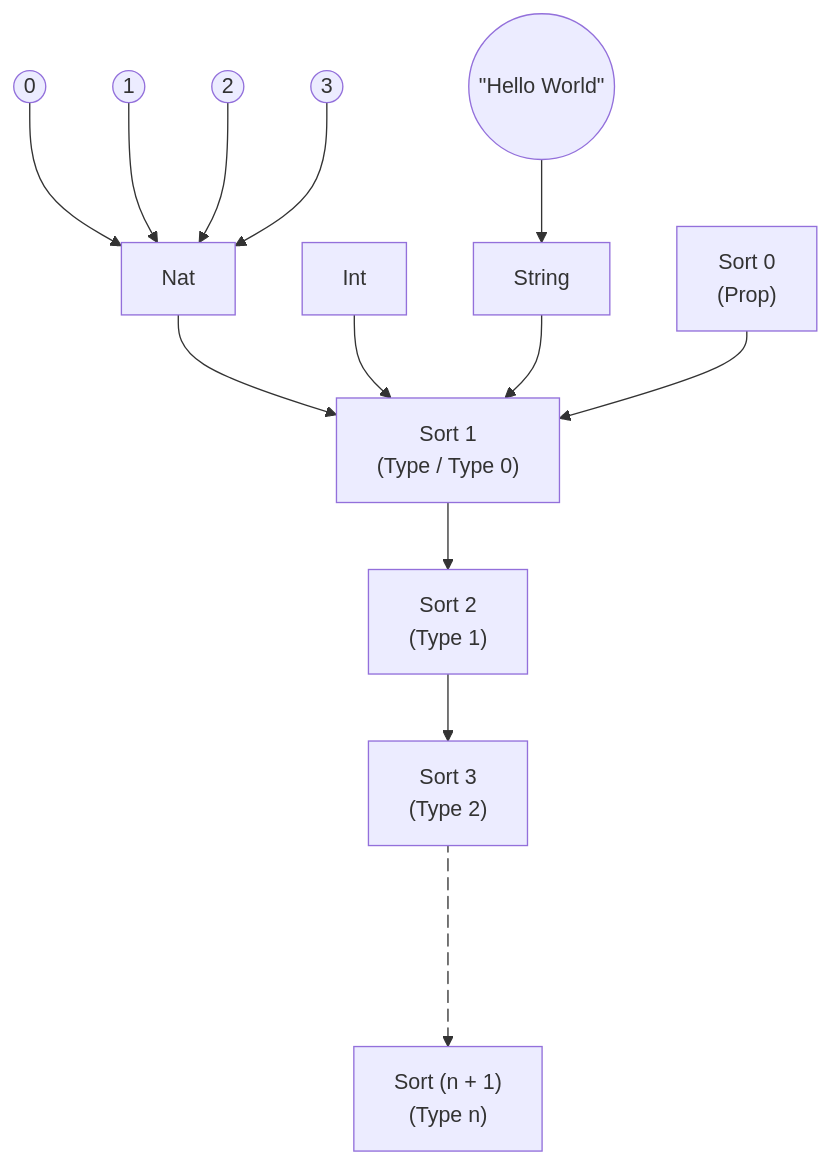
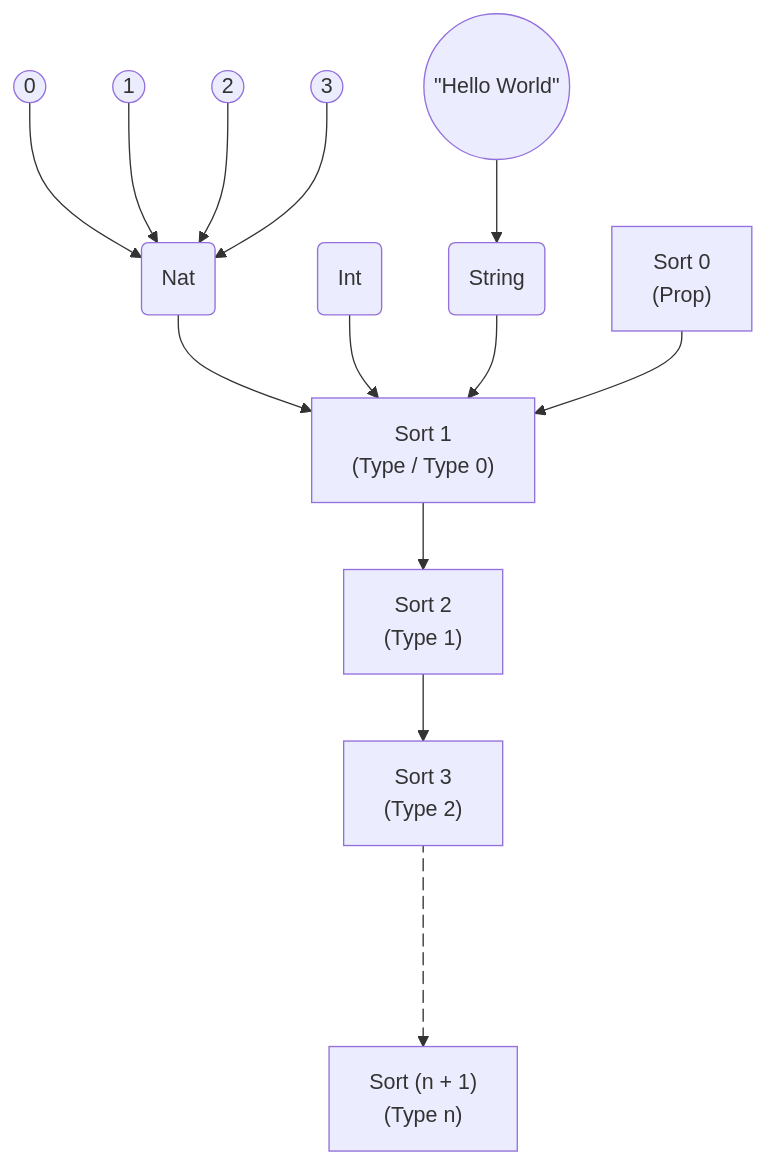
One commit to aneilmac/lean4TheWin changed the diagram in src/implicit.md. Above: the diagram before and after it, drawn with Mermaid. The commit also changed other lines of this file and 5 other files, not shown here.

````diff
--- a/src/implicit.md
+++ b/src/implicit.md
@@ -320,21 +321,21 @@
 ```mermaid
 graph TD;
     helloWorld(("#quot;Hello World#quot;"))-->String;
     zero((0))-->Nat;
     one((1))-->Nat;
     two((2))-->Nat;
     three((3))-->Nat;
-    Nat-->Type;
-    Int-->Type;
-    String-->Type;
+    Nat(Nat)-->Type;
+    Int(Int)-->Type;
+    String(String)-->Type;
     Sort0["Sort 0 
           (Prop)"]-->Type["Sort 1
                                    (Type / Type 0)"];
     Type-->Type1["Sort 2 
                  (Type 1)"];
     Type1-->Type2["Sort 3
                   (Type 2)"];
     Type2 e1@-...-> TypeN["Sort (n + 1) 
                           (Type n)"]
     e1@{ animation: fast }
 ```
````
